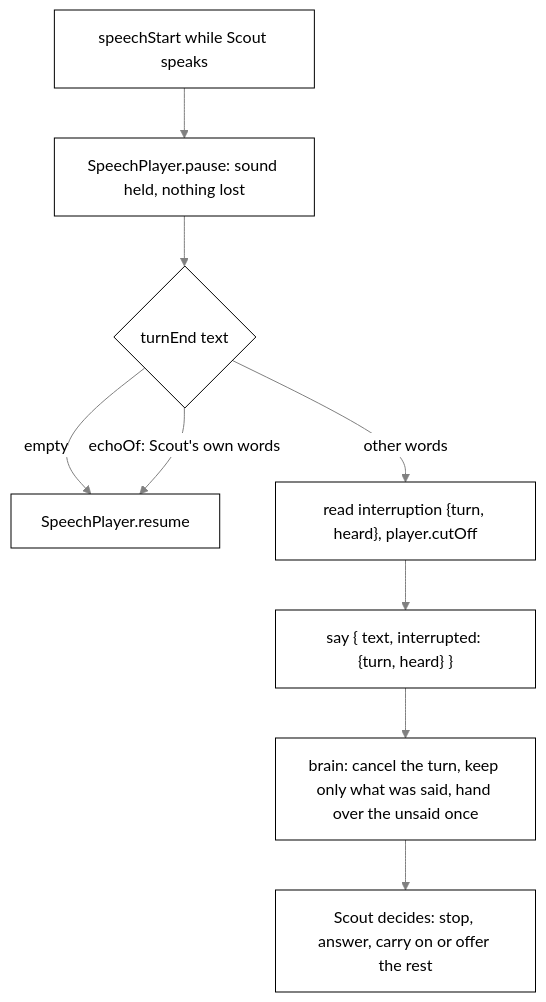
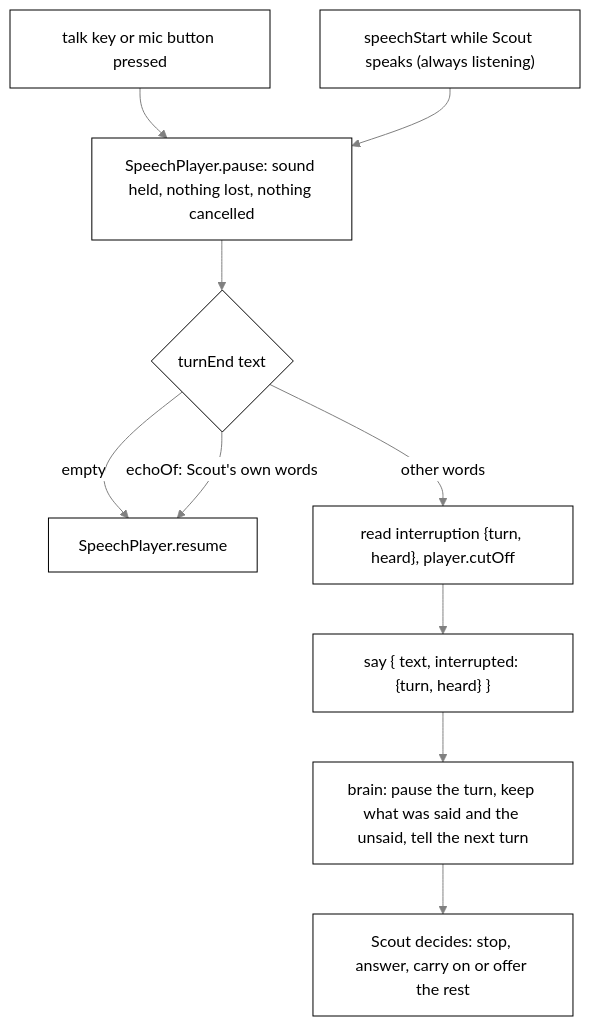
One commit to nadeem4/tagalong changed the fourth of 5 diagrams in docs/voice.md. Above: the diagram before and after it, drawn with Mermaid. The commit also changed other lines of this file and 23 other files, not shown here.

First line of the commit message:
feat(voice): talking over Scout pauses, nothing is cancelled (F17) (#372)

````diff
--- a/docs/voice.md
+++ b/docs/voice.md
@@ -453,12 +441,13 @@
 ```mermaid
 %%{init: {"theme": "base", "themeVariables": {"primaryColor": "#ffffff", "primaryTextColor": "#000000", "primaryBorderColor": "#000000", "lineColor": "#808080", "arrowheadColor": "#808080", "secondaryColor": "#f2f2f2", "tertiaryColor": "#ffffff", "clusterBkg": "#f7f7f7", "clusterBorder": "#808080", "edgeLabelBackground": "#ffffff", "titleColor": "#808080", "actorBkg": "#ffffff", "actorBorder": "#000000", "actorTextColor": "#000000", "actorLineColor": "#808080", "signalColor": "#808080", "signalTextColor": "#808080", "sequenceNumberColor": "#ffffff", "labelBoxBkgColor": "#ffffff", "labelBoxBorderColor": "#808080", "labelTextColor": "#000000", "loopTextColor": "#808080", "noteBkgColor": "#f7f7f7", "noteBorderColor": "#808080", "noteTextColor": "#000000", "activationBkgColor": "#f7f7f7", "activationBorderColor": "#808080", "fontFamily": "Segoe UI, Helvetica, Arial, sans-serif"}}}%%
 flowchart TD
-  A["speechStart while Scout speaks"] --> B["SpeechPlayer.pause: sound held, nothing lost"]
+  K["talk key or mic button pressed"] --> B
+  A["speechStart while Scout speaks (always listening)"] --> B["SpeechPlayer.pause: sound held, nothing lost, nothing cancelled"]
   B --> C{"turnEnd text"}
   C -->|"empty"| R["SpeechPlayer.resume"]
   C -->|"echoOf: Scout's own words"| R
   C -->|"other words"| D["read interruption {turn, heard}, player.cutOff"]
   D --> E["say { text, interrupted: {turn, heard} }"]
-  E --> F["brain: cancel the turn, keep only what was said, hand over the unsaid once"]
+  E --> F["brain: pause the turn, keep what was said and the unsaid, tell the next turn"]
   F --> G["Scout decides: stop, answer, carry on or offer the rest"]
 ```
````
